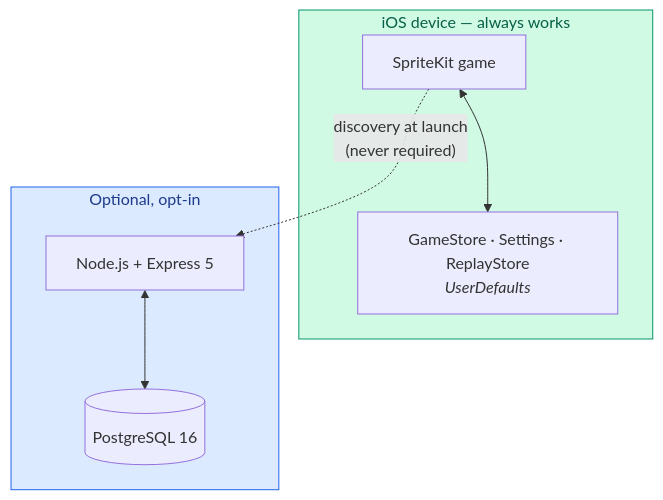
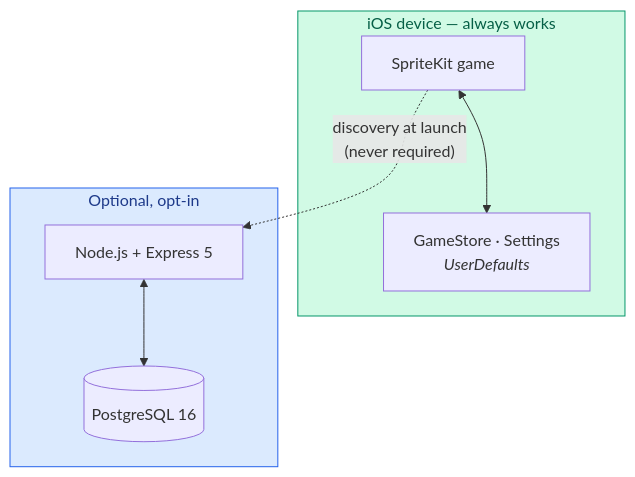
One commit to hoangsonww/Flappy-Bird-Game changed the first of 5 diagrams in ARCHITECTURE.md. Above: the diagram before and after it, drawn with Mermaid. The commit also changed other lines of this file and 43 other files, not shown here.

Commit message:
refactor(game): remove replay mode

````diff
--- a/ARCHITECTURE.md
+++ b/ARCHITECTURE.md
@@ -26,19 +26,19 @@
 ```mermaid
 flowchart TB
     subgraph Device["iOS device — always works"]
         Game["SpriteKit game"]
-        Store["GameStore · Settings · ReplayStore<br/><i>UserDefaults</i>"]
+        Store["GameStore · Settings<br/><i>UserDefaults</i>"]
         Game <--> Store
     end
 
     subgraph Optional["Optional, opt-in"]
         API["Node.js + Express 5"]
         DB[("PostgreSQL 16")]
         API <--> DB
     end
 
     Game -. "discovery at launch<br/>(never required)" .-> API
 
     style Device fill:#d1fae5,stroke:#059669,color:#065f46
     style Optional fill:#dbeafe,stroke:#2563eb,color:#1e3a8a
 ```
````
